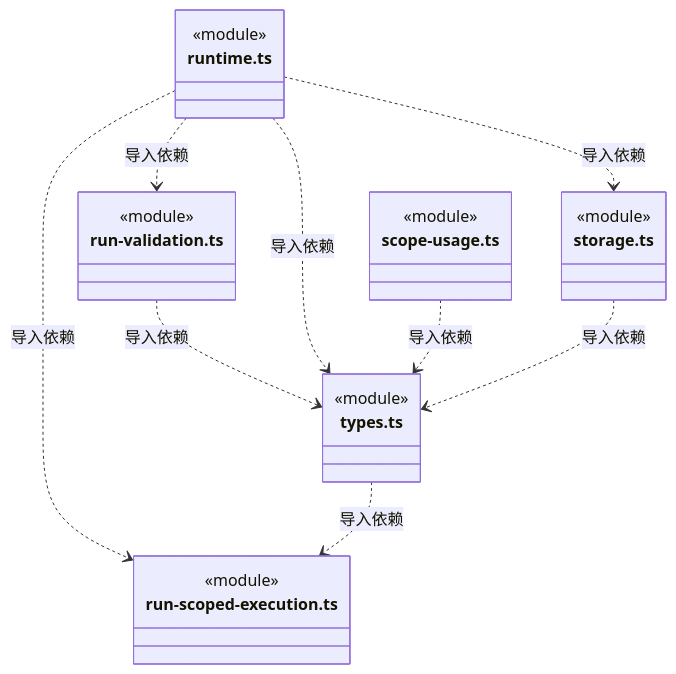
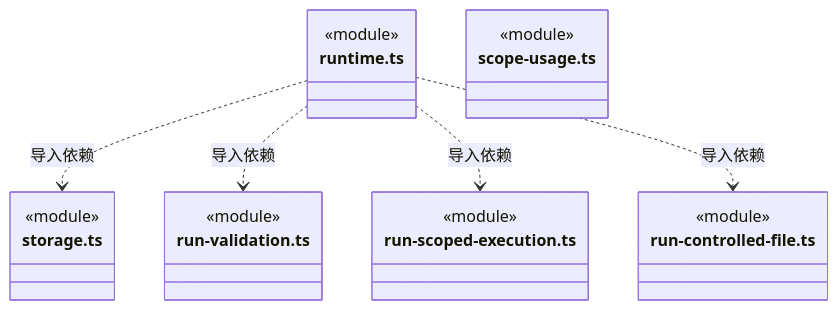
One commit to nan023062/cbim changed the fourth of 19 diagrams in src/backend/core/brain/ARCHITECTURE.md. Above: the diagram before and after it, drawn with Mermaid. The commit also changed other lines of this file and 356 other files, not shown here.

First line of the commit message:
chore: preserve architecture remediation before desktop 0.1.7 alignment

````diff
--- a/src/backend/core/brain/ARCHITECTURE.md
+++ b/src/backend/core/brain/ARCHITECTURE.md
@@ -110,29 +112,25 @@
 ```mermaid
 classDiagram
+class N_src_backend_core_brain_run_controlled_file_ts["run-controlled-file.ts"] {
+  <<module>>
+}
 class N_src_backend_core_brain_run_scoped_execution_ts["run-scoped-execution.ts"] {
   <<module>>
 }
 class N_src_backend_core_brain_run_validation_ts["run-validation.ts"] {
   <<module>>
 }
 class N_src_backend_core_brain_runtime_ts["runtime.ts"] {
   <<module>>
 }
 class N_src_backend_core_brain_scope_usage_ts["scope-usage.ts"] {
   <<module>>
 }
 class N_src_backend_core_brain_storage_ts["storage.ts"] {
   <<module>>
 }
-class N_src_backend_core_brain_types_ts["types.ts"] {
-  <<module>>
-}
-N_src_backend_core_brain_run_validation_ts ..> N_src_backend_core_brain_types_ts : 导入依赖
 N_src_backend_core_brain_runtime_ts ..> N_src_backend_core_brain_storage_ts : 导入依赖
 N_src_backend_core_brain_runtime_ts ..> N_src_backend_core_brain_run_validation_ts : 导入依赖
 N_src_backend_core_brain_runtime_ts ..> N_src_backend_core_brain_run_scoped_execution_ts : 导入依赖
-N_src_backend_core_brain_runtime_ts ..> N_src_backend_core_brain_types_ts : 导入依赖
-N_src_backend_core_brain_scope_usage_ts ..> N_src_backend_core_brain_types_ts : 导入依赖
-N_src_backend_core_brain_storage_ts ..> N_src_backend_core_brain_types_ts : 导入依赖
-N_src_backend_core_brain_types_ts ..> N_src_backend_core_brain_run_scoped_execution_ts : 导入依赖
+N_src_backend_core_brain_runtime_ts ..> N_src_backend_core_brain_run_controlled_file_ts : 导入依赖
 ```
````
